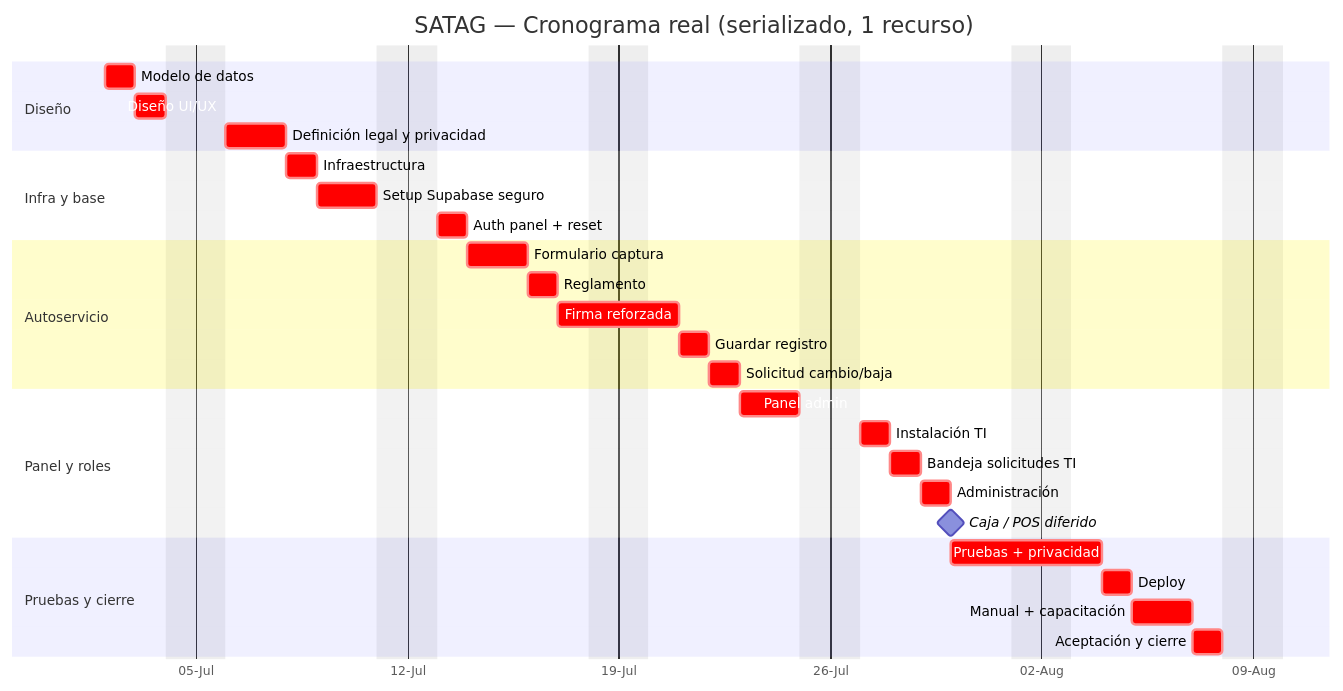
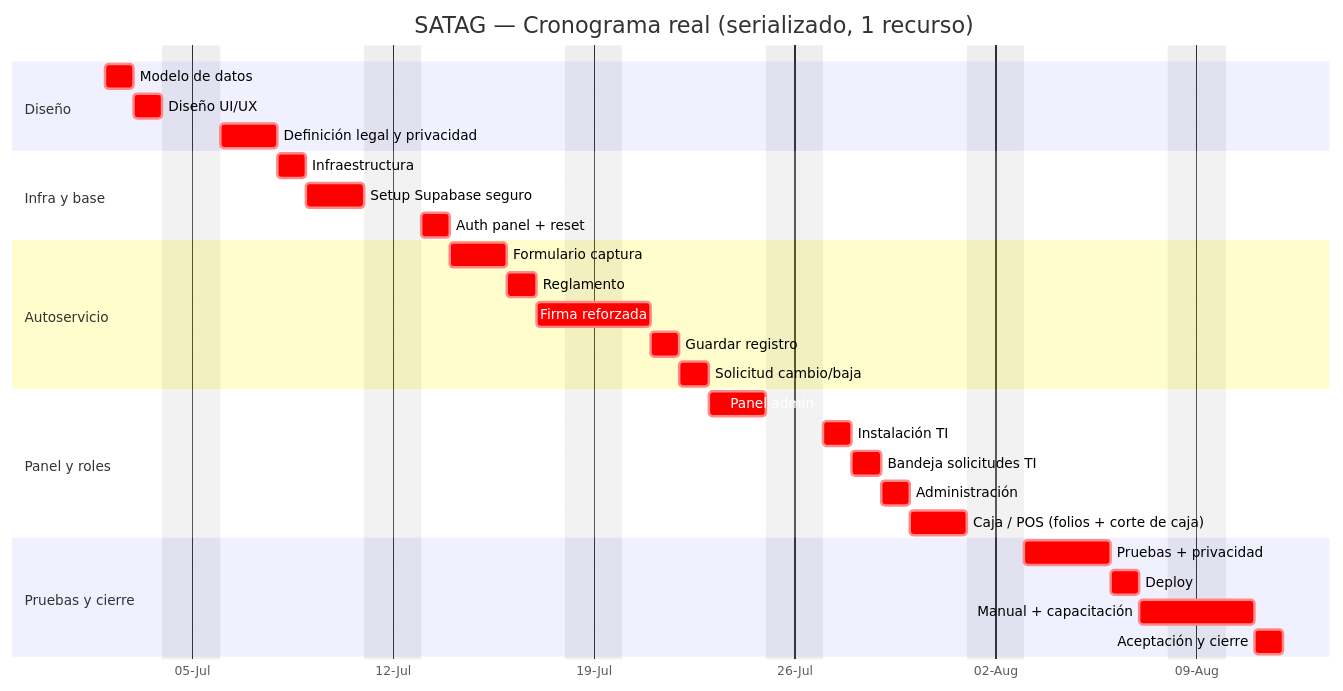
The diagram in Plan de Direccion/02 - Alcance, WBS y Cronograma.md (Proyectos-Web-IAQ/SATAG), drawn with Mermaid before and after one commit. The commit also changed other lines of this file and 7 other files, not shown here.

````diff
--- a/Plan de Direccion/02 - Alcance, WBS y Cronograma.md
+++ b/Plan de Direccion/02 - Alcance, WBS y Cronograma.md
@@ -267,32 +280,32 @@
 ```mermaid
 gantt
   title SATAG — Cronograma real (serializado, 1 recurso)
   dateFormat YYYY-MM-DD
   axisFormat %d-%b
   excludes weekends
   section Diseño
     Modelo de datos        :crit, a1, 2026-07-02, 1d
     Diseño UI/UX           :crit, a2, after a1, 1d
     Definición legal y privacidad :crit, a3, after a2, 1.5d
   section Infra y base
     Infraestructura        :crit, a4, after a3, 1d
     Setup Supabase seguro  :crit, a5, after a4, 1.5d
     Auth panel + reset     :crit, a6, after a5, 0.5d
   section Autoservicio
     Formulario captura     :crit, a7, after a6, 1.5d
     Reglamento             :crit, a8, after a7, 0.5d
     Firma reforzada        :crit, a9, after a8, 2d
     Guardar registro       :crit, a10, after a9, 1d
     Solicitud cambio/baja  :crit, a10b, after a10, 0.5d
   section Panel y roles
     Panel admin            :crit, a11, after a10b, 1.5d
     Instalación TI         :crit, a12, after a11, 1d
     Bandeja solicitudes TI :crit, a12b, after a12, 0.5d
     Administración         :crit, a13, after a12b, 1d
-    Caja / POS diferido    :milestone, a13b, after a13, 0d
+    Caja / POS (folios + corte de caja) :crit, a13b, after a13, 1.5d
   section Pruebas y cierre
     Pruebas + privacidad   :crit, a14, after a13b, 3d
     Deploy                 :crit, a15, after a14, 0.5d
     Manual + capacitación  :crit, a16, after a15, 1.5d
     Aceptación y cierre    :crit, a17, after a16, 0.5d
 ```
````
